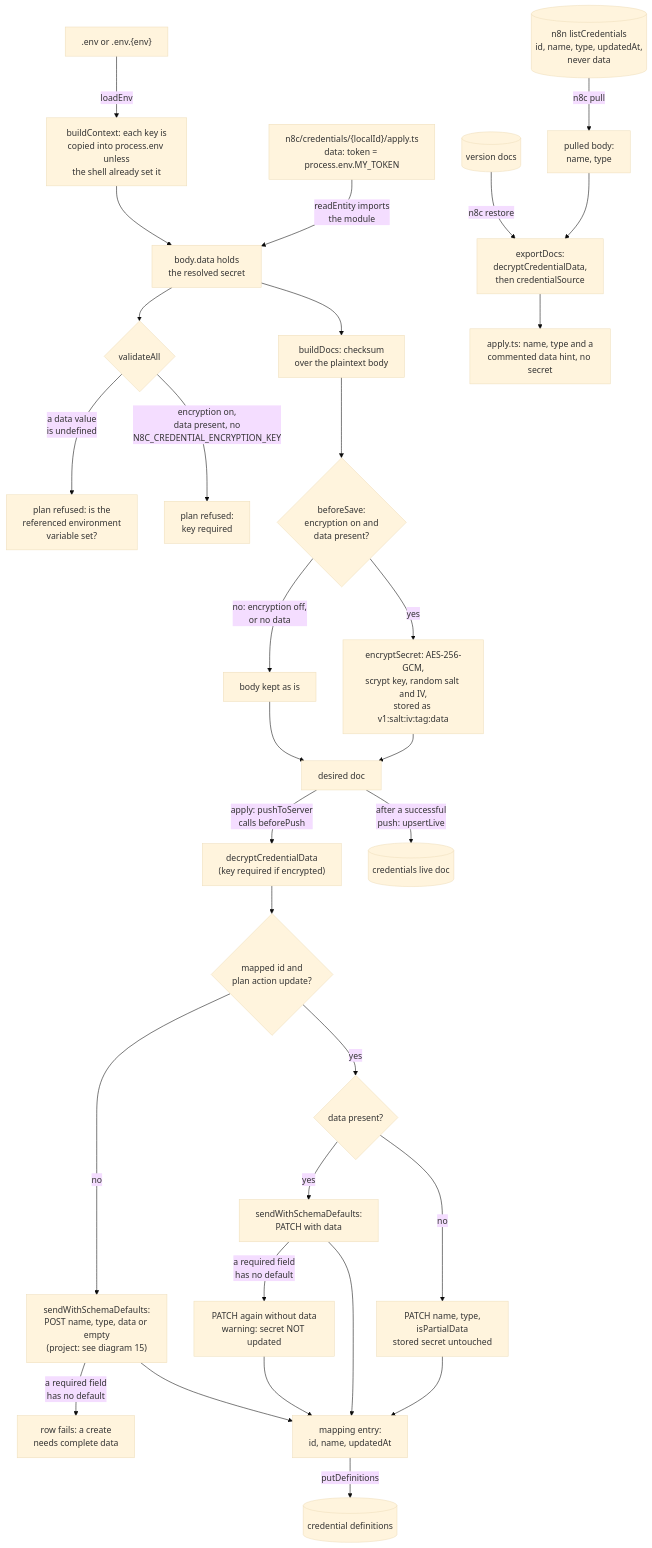
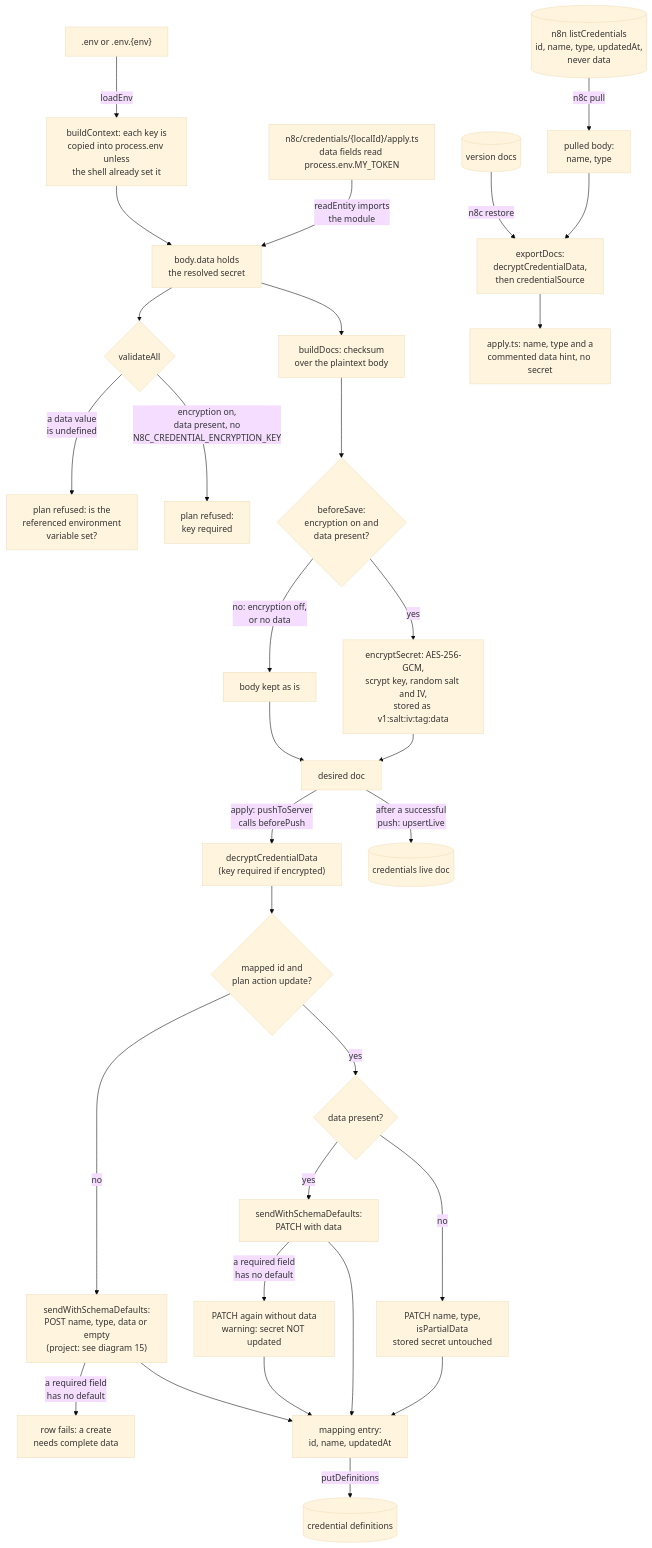
One commit to nullseal/n8c changed the fourth of 15 diagrams in docs/ARCHITECTURE.md. Above: the diagram before and after it, drawn with Mermaid (base theme). The commit also changed other lines of this file and 11 other files, not shown here.

First line of the commit message:
fix: credential scaffold uses the type's real fields; apply failures read "failed"

````diff
--- a/docs/ARCHITECTURE.md
+++ b/docs/ARCHITECTURE.md
@@ -259,34 +259,34 @@
 ```mermaid
 flowchart TD
     ENVF[".env or .env.{env}"] -->|"loadEnv"| CTX["buildContext: each key is<br/>copied into process.env unless<br/>the shell already set it"]
-    FILE["n8c/credentials/{localId}/apply.ts<br/>data: token = process.env.MY_TOKEN"] -->|"readEntity imports<br/>the module"| BODY["body.data holds<br/>the resolved secret"]
+    FILE["n8c/credentials/{localId}/apply.ts<br/>data fields read process.env.MY_TOKEN"] -->|"readEntity imports<br/>the module"| BODY["body.data holds<br/>the resolved secret"]
     CTX --> BODY
     BODY --> VAL{"validateAll"}
     VAL -->|"a data value<br/>is undefined"| E1["plan refused: is the<br/>referenced environment<br/>variable set?"]
     VAL -->|"encryption on,<br/>data present, no<br/>N8C_CREDENTIAL_ENCRYPTION_KEY"| E2["plan refused:<br/>key required"]
     BODY --> SUM["buildDocs: checksum<br/>over the plaintext body"]
     SUM --> BSV{"beforeSave:<br/>encryption on and<br/>data present?"}
     BSV -->|"yes"| ENC["encryptSecret: AES-256-GCM,<br/>scrypt key, random salt and IV,<br/>stored as v1:salt:iv:tag:data"]
     BSV -->|"no: encryption off,<br/>or no data"| PLAIN["body kept as is"]
     ENC --> DOC["desired doc"]
     PLAIN --> DOC
     DOC -->|"apply: pushToServer<br/>calls beforePush"| DEC["decryptCredentialData<br/>(key required if encrypted)"]
     DEC --> UP{"mapped id and<br/>plan action update?"}
     UP -->|"yes"| HD{"data present?"}
     HD -->|"no"| P0["PATCH name, type,<br/>isPartialData<br/>stored secret untouched"]
     HD -->|"yes"| SW1["sendWithSchemaDefaults:<br/>PATCH with data"]
     SW1 -->|"a required field<br/>has no default"| P1["PATCH again without data<br/>warning: secret NOT updated"]
     UP -->|"no"| SW2["sendWithSchemaDefaults:<br/>POST name, type, data or empty<br/>(project: see diagram 15)"]
     SW2 -->|"a required field<br/>has no default"| E3["row fails: a create<br/>needs complete data"]
     P0 --> RES["mapping entry:<br/>id, name, updatedAt"]
     SW1 --> RES
     P1 --> RES
     SW2 --> RES
     RES -->|"putDefinitions"| DEFS[("credential definitions")]
     DOC -->|"after a successful<br/>push: upsertLive"| LIVE[("credentials live doc")]
 
     LIST[("n8n listCredentials<br/>id, name, type, updatedAt,<br/>never data")] -->|"n8c pull"| PB["pulled body:<br/>name, type"]
     PB --> EXP["exportDocs:<br/>decryptCredentialData,<br/>then credentialSource"]
     VDOC[("version docs")] -->|"n8c restore"| EXP
     EXP --> OUTF["apply.ts: name, type and a<br/>commented data hint, no secret"]
 ```
````
